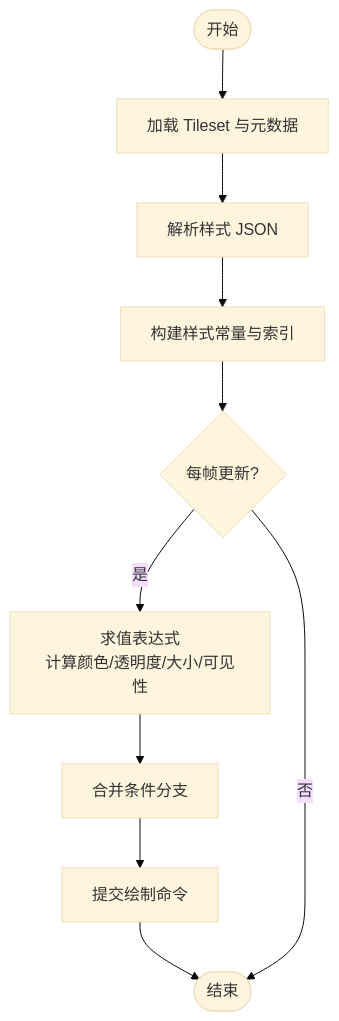
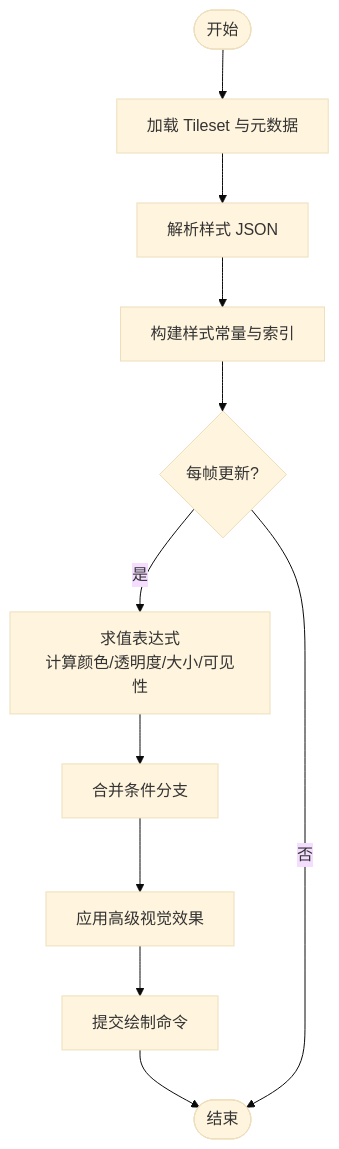
The third of 4 diagrams in .qoder/repowiki/zh/content/API参考文档/数据源API/Cesium3DTileset/样式系统.md (rzhangjing/cesium), drawn with Mermaid (base theme) before and after one commit. The commit also changed other lines of this file and 29 other files, not shown here.

````diff
--- a/.qoder/repowiki/zh/content/API参考文档/数据源API/Cesium3DTileset/样式系统.md
+++ b/.qoder/repowiki/zh/content/API参考文档/数据源API/Cesium3DTileset/样式系统.md
@@ -97,12 +127,13 @@
 ```mermaid
 flowchart TD
 Start(["开始"]) --> Load["加载 Tileset 与元数据"]
 Load --> ParseStyle["解析样式 JSON"]
 ParseStyle --> BuildCache["构建样式常量与索引"]
 BuildCache --> UpdateLoop{"每帧更新?"}
 UpdateLoop --> |是| EvalExpr["求值表达式<br/>计算颜色/透明度/大小/可见性"]
 EvalExpr --> MergeBranches["合并条件分支"]
-MergeBranches --> Submit["提交绘制命令"]
+MergeBranches --> ApplyEffects["应用高级视觉效果"]
+ApplyEffects --> Submit["提交绘制命令"]
 Submit --> End(["结束"])
 UpdateLoop --> |否| End
 ```
````
